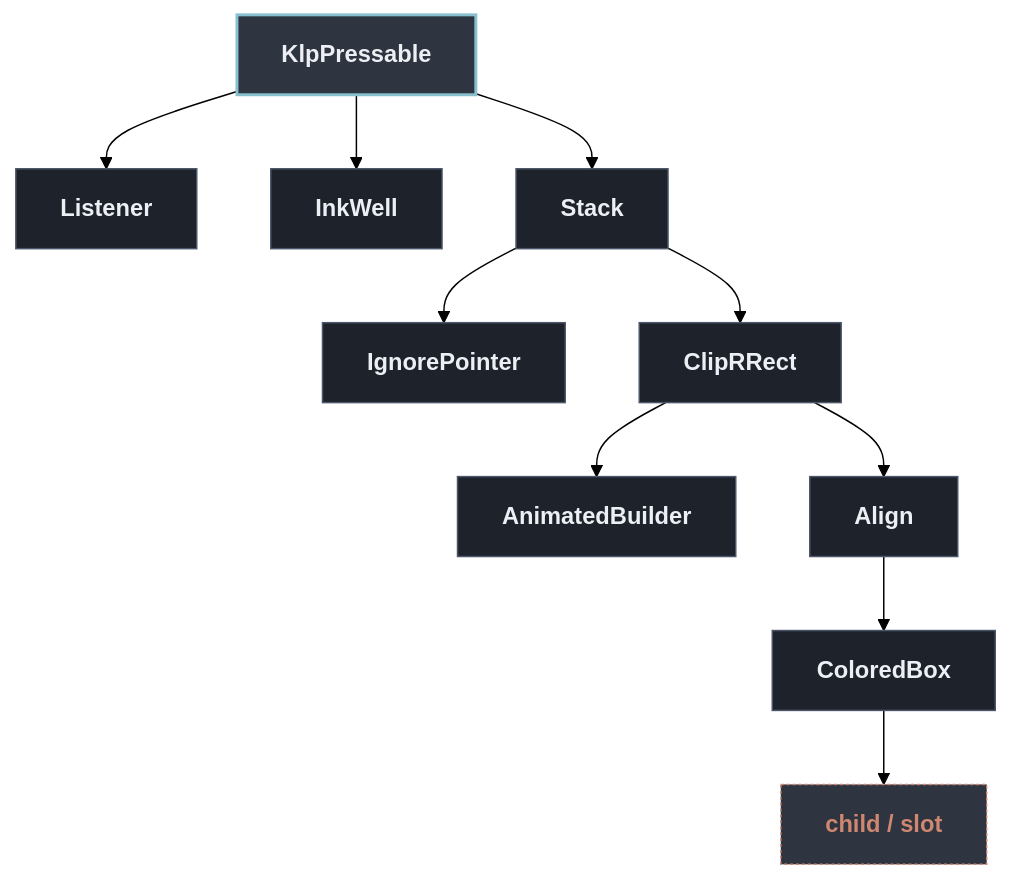
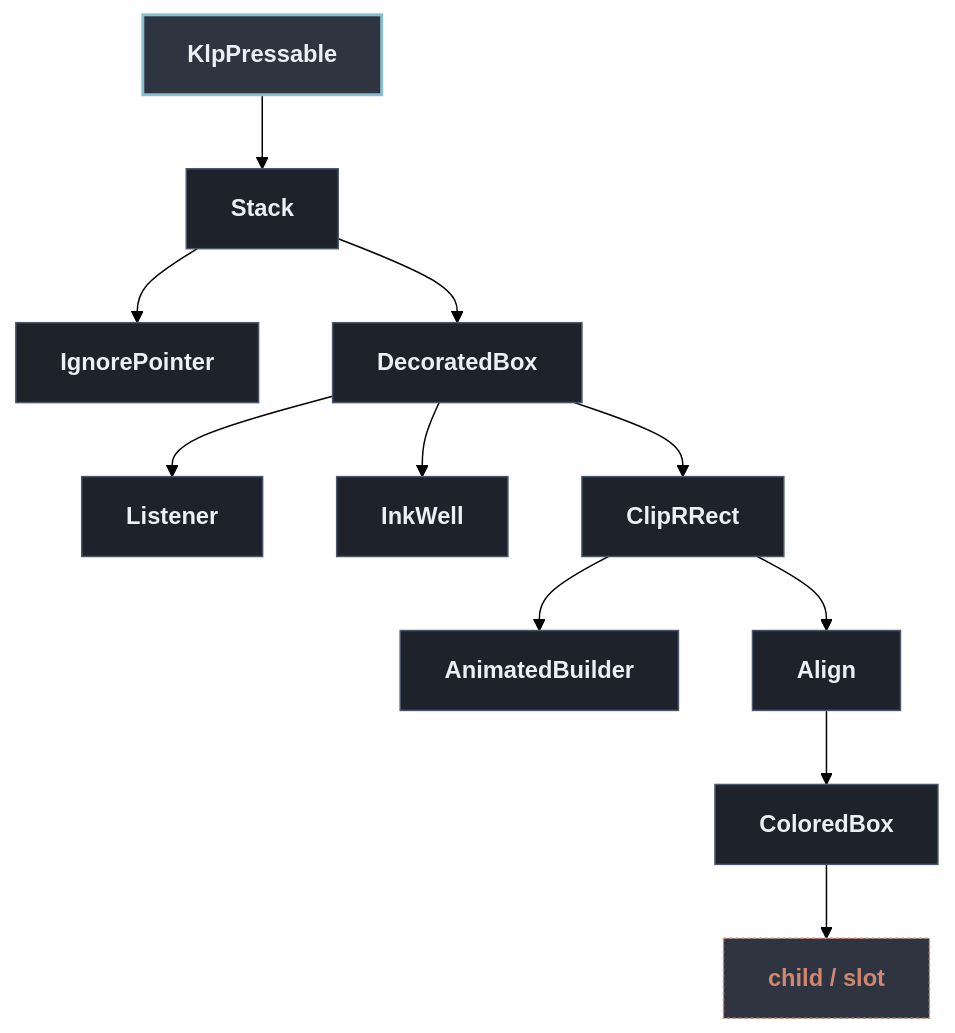
One commit to MiuDog/Kallopis changed the diagram in docs/architecture/components/interaction/klp_pressable.md. Above: the diagram before and after it, drawn with Mermaid (forest theme). The commit also changed other lines of this file and 1105 other files, not shown here.

Commit message:
refactor: establish semantic design architecture

````diff
--- a/docs/architecture/components/interaction/klp_pressable.md
+++ b/docs/architecture/components/interaction/klp_pressable.md
@@ -13,28 +13,30 @@
 ```mermaid
 flowchart TD
   classDef default fill:#1E222B,stroke:#4C566A,stroke-width:1px,color:#ECEFF4;
   classDef root fill:#2E3440,stroke:#88C0D0,stroke-width:2px,color:#ECEFF4,font-weight:bold;
   classDef reference fill:#3B4252,stroke:#EBCB8B,stroke-width:1.5px,stroke-dasharray: 4 3,color:#EBCB8B;
   classDef container fill:#2E3440,stroke:#A3BE8C,stroke-width:1.5px,color:#A3BE8C;
   classDef slot fill:#2E3440,stroke:#D08770,stroke-width:1px,stroke-dasharray: 2 2,color:#D08770;
 
   root["KlpPressable"]:::root
-  n1["Listener"]
+  n1["Stack"]
   root --> n1
-  n2["InkWell"]
-  root --> n2
-  n3["Stack"]
-  root --> n3
-  n4["IgnorePointer"]
+  n2["IgnorePointer"]
+  n1 --> n2
+  n3["DecoratedBox"]
+  n1 --> n3
+  n4["Listener"]
   n3 --> n4
-  n5["ClipRRect"]
+  n5["InkWell"]
   n3 --> n5
-  n6["AnimatedBuilder"]
-  n5 --> n6
-  n7["Align"]
-  n5 --> n7
-  n8["ColoredBox"]
-  n7 --> n8
-  n9["child / slot"]:::slot
+  n6["ClipRRect"]
+  n3 --> n6
+  n7["AnimatedBuilder"]
+  n6 --> n7
+  n8["Align"]
+  n6 --> n8
+  n9["ColoredBox"]
   n8 --> n9
+  n10["child / slot"]:::slot
+  n9 --> n10
 ```
````
